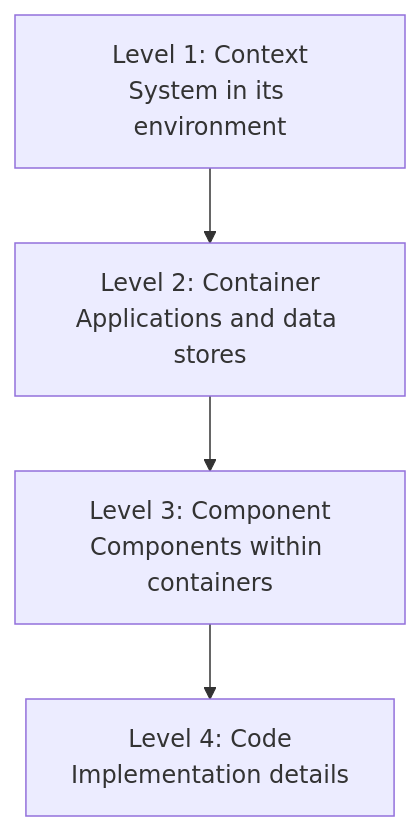
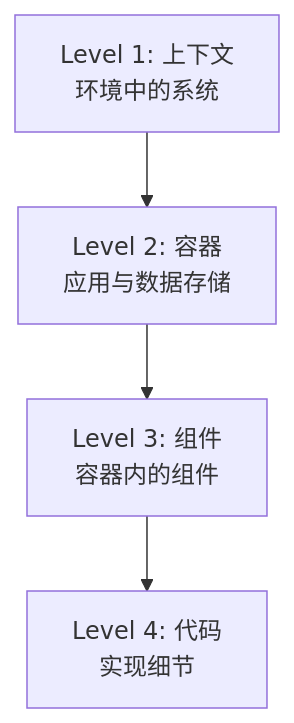
One commit to Kirky-X/diting changed the third of 3 diagrams in references/architecture/architecture-anti-patterns.md. Above: the diagram before and after it, drawn with Mermaid. The commit also changed other lines of this file and 74 other files, not shown here.

````diff
--- a/references/architecture/architecture-anti-patterns.md
+++ b/references/architecture/architecture-anti-patterns.md
@@ -142,8 +142,8 @@
 ```mermaid
 flowchart TD
-    L1["Level 1: Context<br/>System in its environment"]
-    L2["Level 2: Container<br/>Applications and data stores"]
-    L3["Level 3: Component<br/>Components within containers"]
-    L4["Level 4: Code<br/>Implementation details"]
+    L1["Level 1: 上下文<br/>环境中的系统"]
+    L2["Level 2: 容器<br/>应用与数据存储"]
+    L3["Level 3: 组件<br/>容器内的组件"]
+    L4["Level 4: 代码<br/>实现细节"]
     L1 --> L2 --> L3 --> L4
 ```
````
